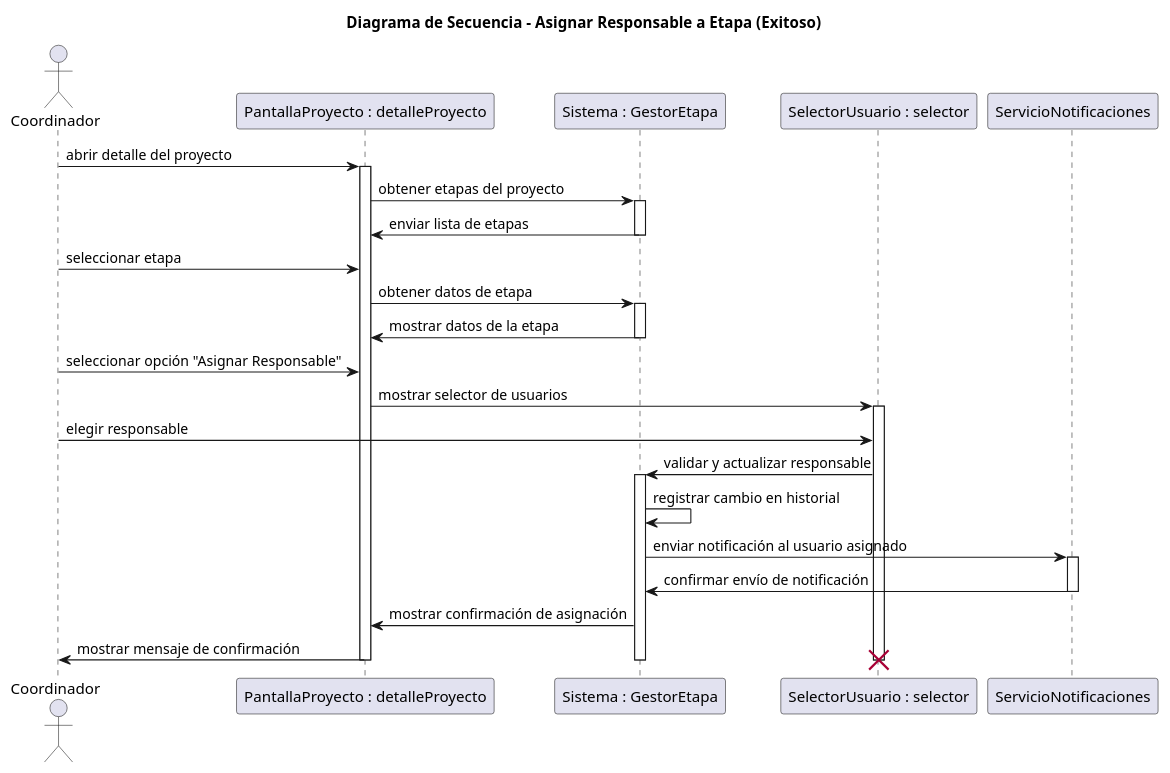
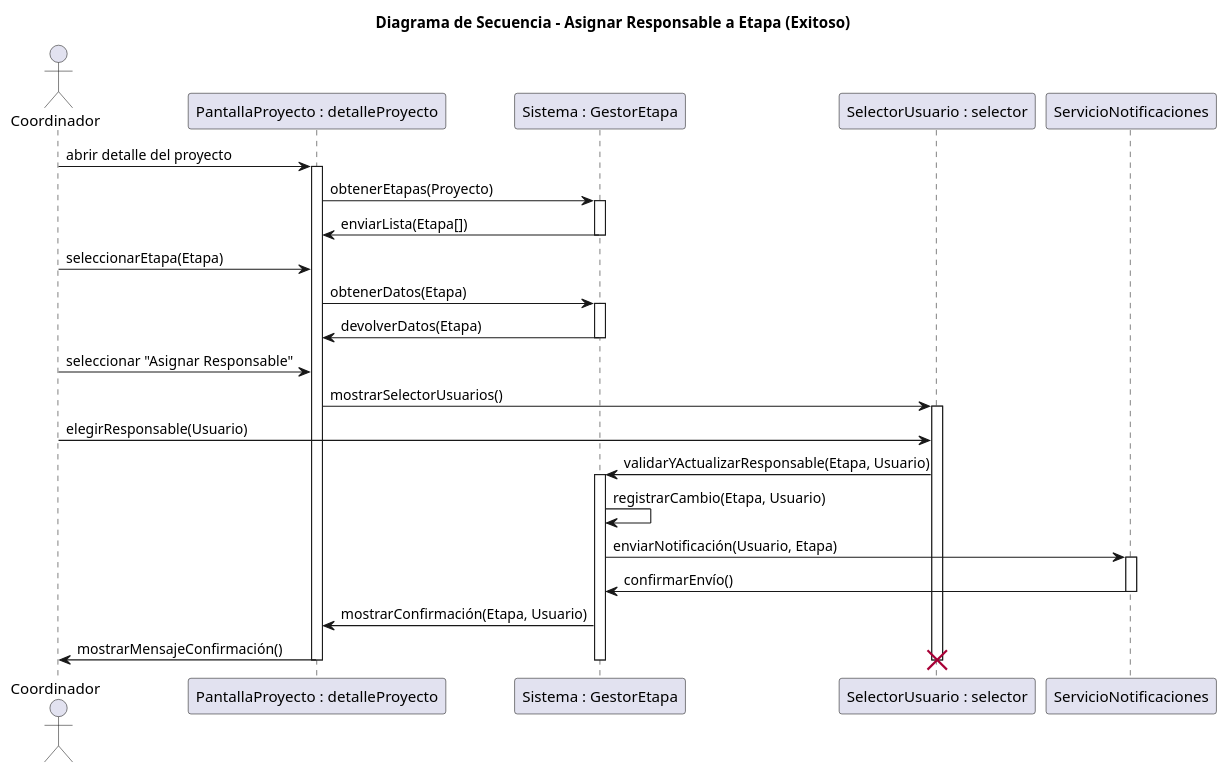
The diagram in diagramas/05-diagramas-secuencia/05-asignar-responsable-etapa-asignar-responsable-a-etapa-exitoso-03.puml (GonzaloBarbano/SistemaProductoraVideos), drawn with PlantUML before and after one commit. The commit also changed other lines of this file and 27 other files, not shown here.

```diff
--- a/diagramas/05-diagramas-secuencia/05-asignar-responsable-etapa-asignar-responsable-a-etapa-exitoso-03.puml
+++ b/diagramas/05-diagramas-secuencia/05-asignar-responsable-etapa-asignar-responsable-a-etapa-exitoso-03.puml
@@ -1,48 +1,48 @@
 @startuml
 title Diagrama de Secuencia - Asignar Responsable a Etapa (Exitoso)
 
 actor Coordinador
 participant "PantallaProyecto : detalleProyecto" as PantallaProyecto
 participant "Sistema : GestorEtapa" as Sistema
 participant "SelectorUsuario : selector" as SelectorUsuario
 participant ServicioNotificaciones
 
 '--- Inicio del flujo ---
 Coordinador -> PantallaProyecto : abrir detalle del proyecto
 activate PantallaProyecto
 
-PantallaProyecto -> Sistema : obtener etapas del proyecto
+PantallaProyecto -> Sistema : obtenerEtapas(Proyecto)
 activate Sistema
-Sistema -> PantallaProyecto : enviar lista de etapas
+Sistema -> PantallaProyecto : enviarLista(Etapa[])
 deactivate Sistema
 
-Coordinador -> PantallaProyecto : seleccionar etapa
-PantallaProyecto -> Sistema : obtener datos de etapa
+Coordinador -> PantallaProyecto : seleccionarEtapa(Etapa)
+PantallaProyecto -> Sistema : obtenerDatos(Etapa)
 activate Sistema
-Sistema -> PantallaProyecto : mostrar datos de la etapa
+Sistema -> PantallaProyecto : devolverDatos(Etapa)
 deactivate Sistema
 
-Coordinador -> PantallaProyecto : seleccionar opción "Asignar Responsable"
-PantallaProyecto -> SelectorUsuario : mostrar selector de usuarios
+Coordinador -> PantallaProyecto : seleccionar "Asignar Responsable"
+PantallaProyecto -> SelectorUsuario : mostrarSelectorUsuarios()
 activate SelectorUsuario
 
-Coordinador -> SelectorUsuario : elegir responsable
-SelectorUsuario -> Sistema : validar y actualizar responsable
+Coordinador -> SelectorUsuario : elegirResponsable(Usuario)
+SelectorUsuario -> Sistema : validarYActualizarResponsable(Etapa, Usuario)
 activate Sistema
 
-Sistema -> Sistema : registrar cambio en historial
-Sistema -> ServicioNotificaciones : enviar notificación al usuario asignado
+Sistema -> Sistema : registrarCambio(Etapa, Usuario)
+Sistema -> ServicioNotificaciones : enviarNotificación(Usuario, Etapa)
 activate ServicioNotificaciones
-ServicioNotificaciones -> Sistema : confirmar envío de notificación
+ServicioNotificaciones -> Sistema : confirmarEnvío()
 deactivate ServicioNotificaciones
 
-Sistema -> PantallaProyecto : mostrar confirmación de asignación
+Sistema -> PantallaProyecto : mostrarConfirmación(Etapa, Usuario)
 
-PantallaProyecto -> Coordinador : mostrar mensaje de confirmación
+PantallaProyecto -> Coordinador : mostrarMensajeConfirmación()
 
 deactivate Sistema
 deactivate PantallaProyecto
 deactivate SelectorUsuario
 destroy SelectorUsuario
 
 @enduml
```
